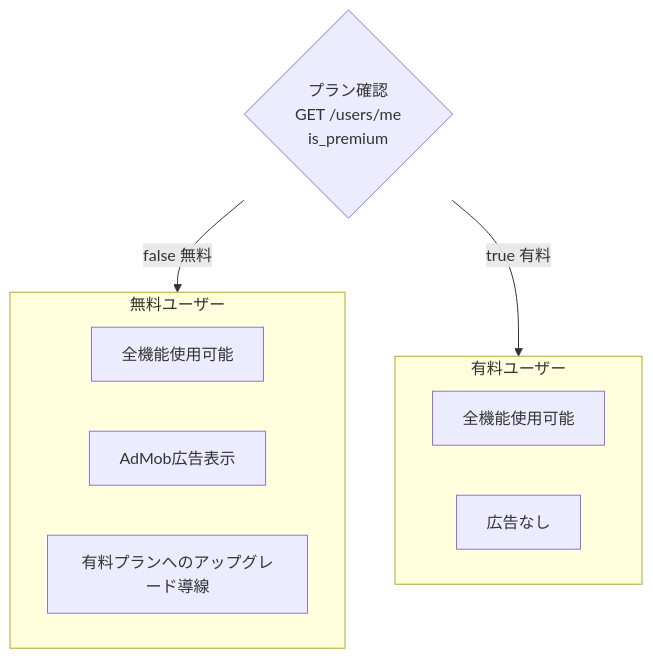
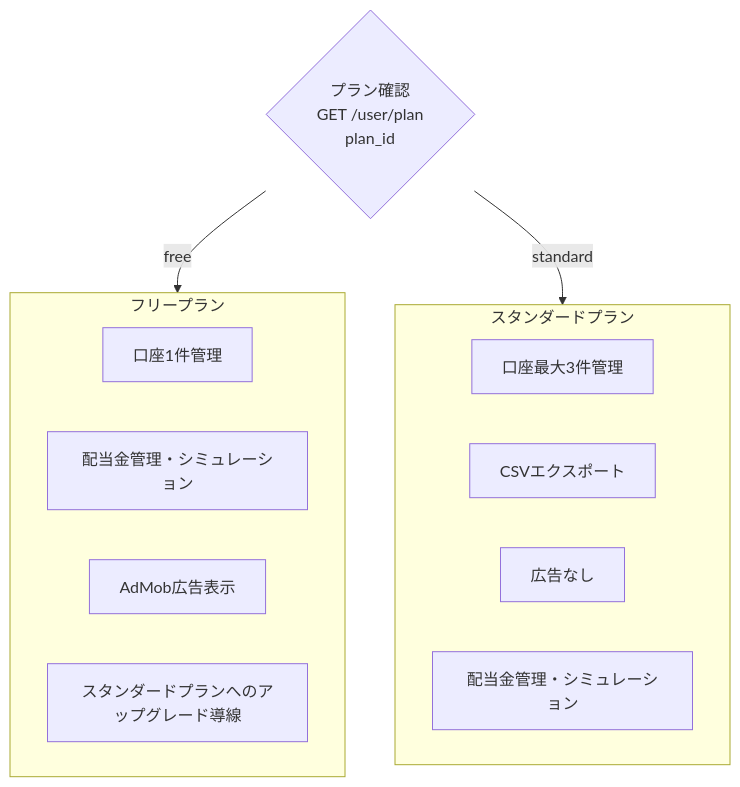
Before and after one commit to satouhiroyuki/Morincum-specs: the second of 2 diagrams in specs/020.system/billing-flow.md, drawn with Mermaid. The commit also changed other lines of this file and 1 other file, not shown here.

First line of the commit message:
docs: サブスク課金仕様を plan_id 体系に更新・/guest/plans エンドポイント追加

````diff
--- a/specs/020.system/billing-flow.md
+++ b/specs/020.system/billing-flow.md
@@ -56,17 +56,20 @@
 ```mermaid
 flowchart TD
-    CheckPremium{プラン確認\nGET /users/me\nis_premium}
-    CheckPremium -->|false 無料| FreeHome
-    CheckPremium -->|true 有料| PaidHome
+    CheckPlan{プラン確認\nGET /user/plan\nplan_id}
+    CheckPlan -->|free| FreeHome
+    CheckPlan -->|standard| PaidHome
 
-    subgraph FreeHome[無料ユーザー]
-        FreeFeatures[全機能使用可能]
+    subgraph FreeHome[フリープラン]
+        FreeAccounts[口座1件管理]
+        FreeDiv[配当金管理・シミュレーション]
         FreeAd[AdMob広告表示]
-        FreeUpgrade[有料プランへのアップグレード導線]
+        FreeUpgrade[スタンダードプランへのアップグレード導線]
     end
 
-    subgraph PaidHome[有料ユーザー]
-        PaidFeatures[全機能使用可能]
+    subgraph PaidHome[スタンダードプラン]
+        PaidAccounts[口座最大3件管理]
+        PaidCsv[CSVエクスポート]
         NoPaidAd[広告なし]
+        PaidDiv[配当金管理・シミュレーション]
     end
 ```
````
